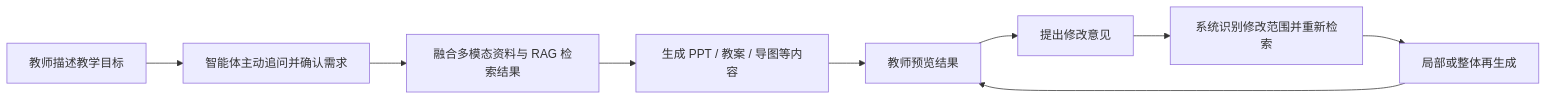
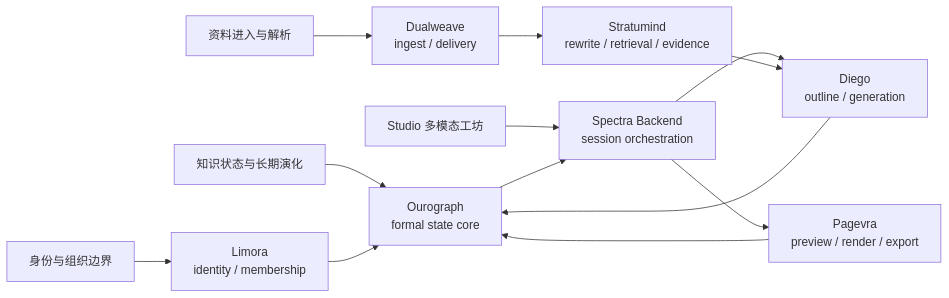
The first of 9 diagrams in docs/competition/05-key-technologies.md (ln-one/Spectra), drawn with Mermaid before and after one commit. The commit also changed other lines of this file and 94 other files, not shown here.

````diff
--- a/docs/competition/05-key-technologies.md
+++ b/docs/competition/05-key-technologies.md
@@ -111,11 +19,15 @@
 ```mermaid
 flowchart LR
-    A["教师描述教学目标"] --> B["智能体主动追问并确认需求"]
-    B --> C["融合多模态资料与 RAG 检索结果"]
-    C --> D["生成 PPT / 教案 / 导图等内容"]
-    D --> E["教师预览结果"]
-    E --> F["提出修改意见"]
-    F --> G["系统识别修改范围并重新检索"]
-    G --> H["局部或整体再生成"]
-    H --> E
+    A["知识状态与长期演化"] --> B["Ourograph<br/>formal state core"]
+    C["Studio 多模态工坊"] --> D["Spectra Backend<br/>session orchestration"]
+    D --> E["Diego<br/>outline / generation"]
+    D --> F["Pagevra<br/>preview / render / export"]
+    G["资料进入与解析"] --> H["Dualweave<br/>ingest / delivery"]
+    H --> I["Stratumind<br/>rewrite / retrieval / evidence"]
+    I --> E
+    J["身份与组织边界"] --> K["Limora<br/>identity / membership"]
+    B --> D
+    F --> B
+    E --> B
+    K --> B
 ```
````
